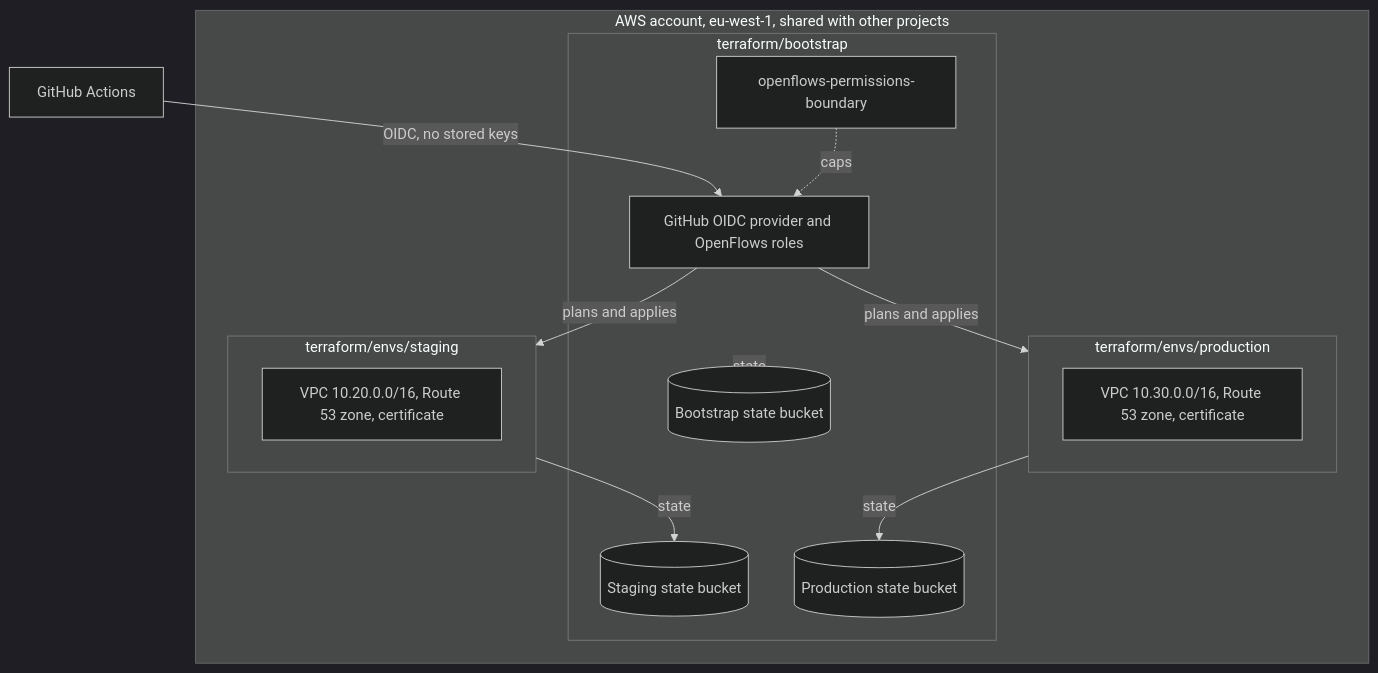
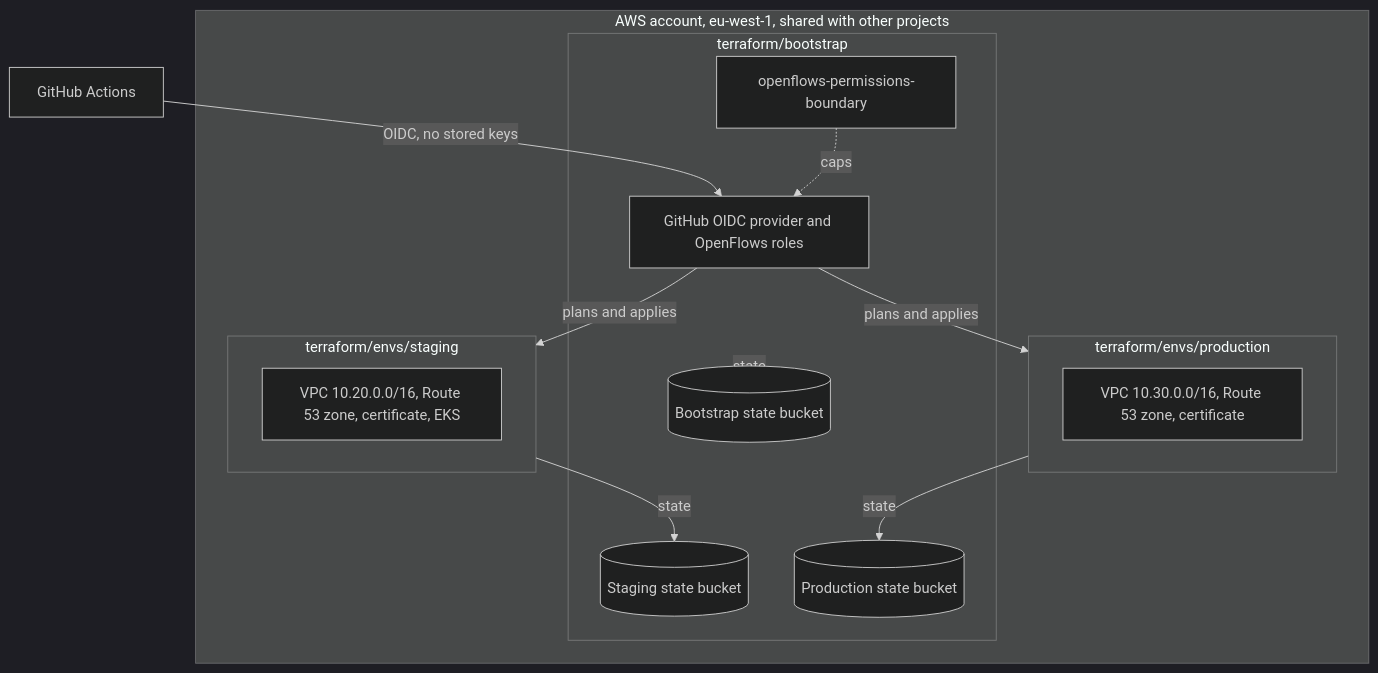
One commit to The-AgenticFlow/Openflows-Infra changed the first of 7 diagrams in docs/ARCHITECTURE-aws.md. Above: the diagram before and after it, drawn with Mermaid (dark theme). The commit also changed other lines of this file and 20 other files, not shown here.

````diff
--- a/docs/ARCHITECTURE-aws.md
+++ b/docs/ARCHITECTURE-aws.md
@@ -31,26 +31,26 @@
 ```mermaid
 flowchart TB
     GH[GitHub Actions]
     subgraph Account["AWS account, eu-west-1, shared with other projects"]
         subgraph Boot["terraform/bootstrap"]
             IAM["GitHub OIDC provider and OpenFlows roles"]
             BND["openflows-permissions-boundary"]
             BB[("Bootstrap state bucket")]
             SB[("Staging state bucket")]
             PB[("Production state bucket")]
         end
         subgraph Stg["terraform/envs/staging"]
-            SNET["VPC 10.20.0.0/16, Route 53 zone, certificate"]
+            SNET["VPC 10.20.0.0/16, Route 53 zone, certificate, EKS"]
         end
         subgraph Prd["terraform/envs/production"]
             PNET["VPC 10.30.0.0/16, Route 53 zone, certificate"]
         end
     end
     GH -->|"OIDC, no stored keys"| IAM
     BND -.->|caps| IAM
     IAM -->|plans and applies| Stg
     IAM -->|plans and applies| Prd
     Boot -->|state| BB
     Stg -->|state| SB
     Prd -->|state| PB
 ```
````
